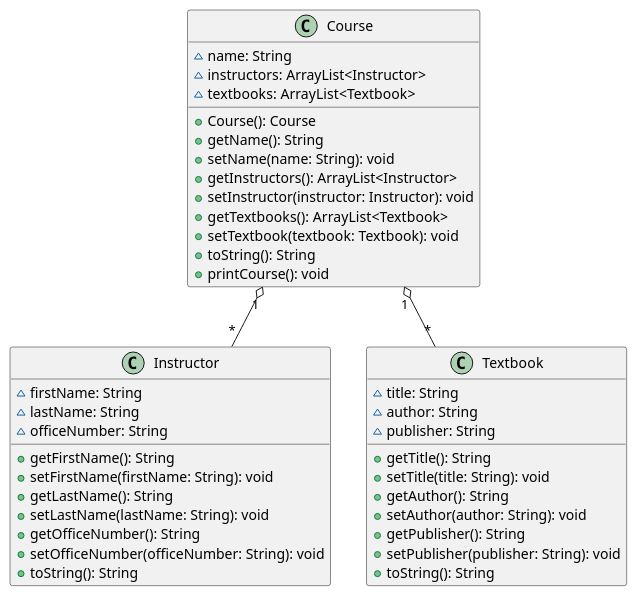
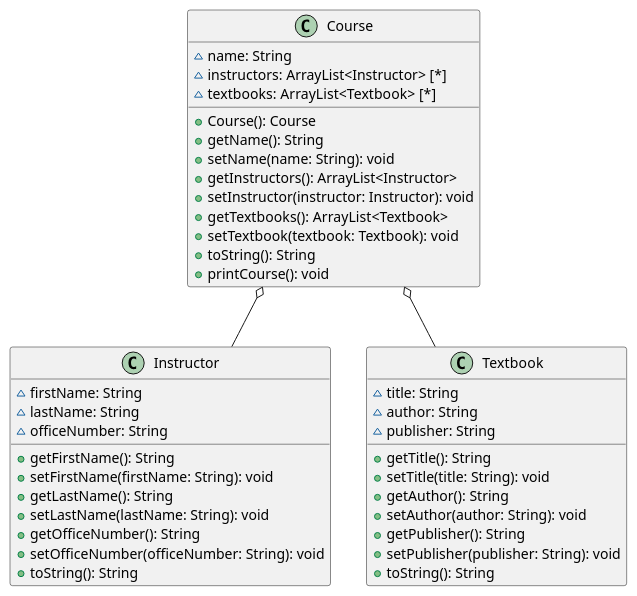
The diagram in class-diagram-3.puml (JRSiwiecki/CS4800-HW3), drawn with PlantUML before and after one commit.

Commit message:
Update Part 1 Q3

```diff
--- a/class-diagram-3.puml
+++ b/class-diagram-3.puml
@@ -1,47 +1,47 @@
 @startuml
 'https://plantuml.com/class-diagram
 
 class Instructor {
     ~ firstName: String
     ~ lastName: String
     ~ officeNumber: String
     + getFirstName(): String
     + setFirstName(firstName: String): void
     + getLastName(): String
     + setLastName(lastName: String): void
     + getOfficeNumber(): String
     + setOfficeNumber(officeNumber: String): void
     + toString(): String
 }
 
 class Textbook {
     ~ title: String
     ~ author: String
     ~ publisher: String
     + getTitle(): String
     + setTitle(title: String): void
     + getAuthor(): String
     + setAuthor(author: String): void
     + getPublisher(): String
     + setPublisher(publisher: String): void
     + toString(): String
 }
 
-Course "1" o-- "*" Instructor
-Course "1" o-- "*" Textbook
+Course o-- Instructor
+Course o-- Textbook
 class Course {
     ~ name: String
-    ~ instructors: ArrayList<Instructor>
-    ~ textbooks: ArrayList<Textbook>
+    ~ instructors: ArrayList<Instructor> [*]
+    ~ textbooks: ArrayList<Textbook> [*]
     + Course(): Course
     + getName(): String
     + setName(name: String): void
     + getInstructors(): ArrayList<Instructor>
     + setInstructor(instructor: Instructor): void
     + getTextbooks(): ArrayList<Textbook>
     + setTextbook(textbook: Textbook): void
     + toString(): String
     + printCourse(): void
 }
 
 @enduml
```
